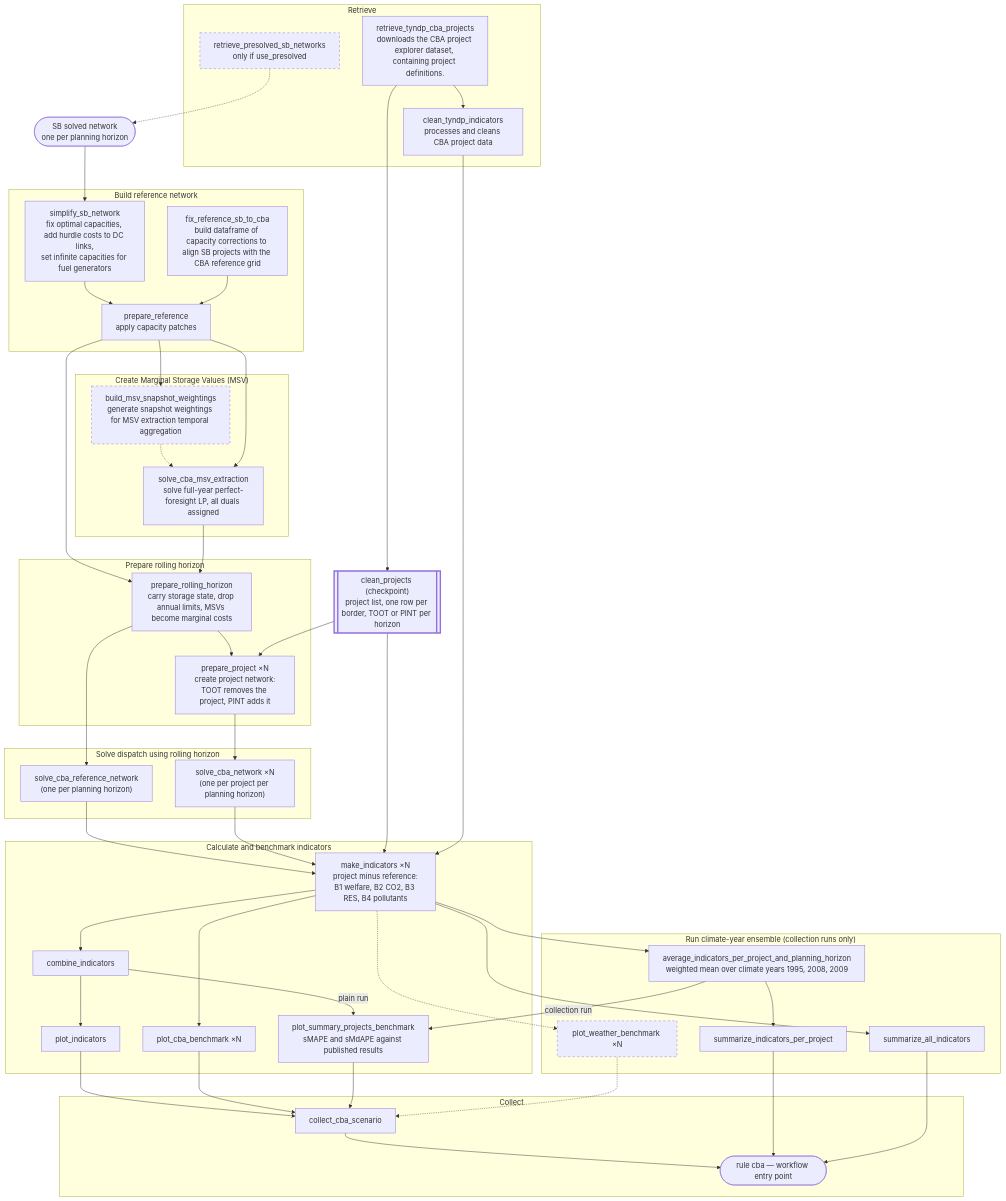
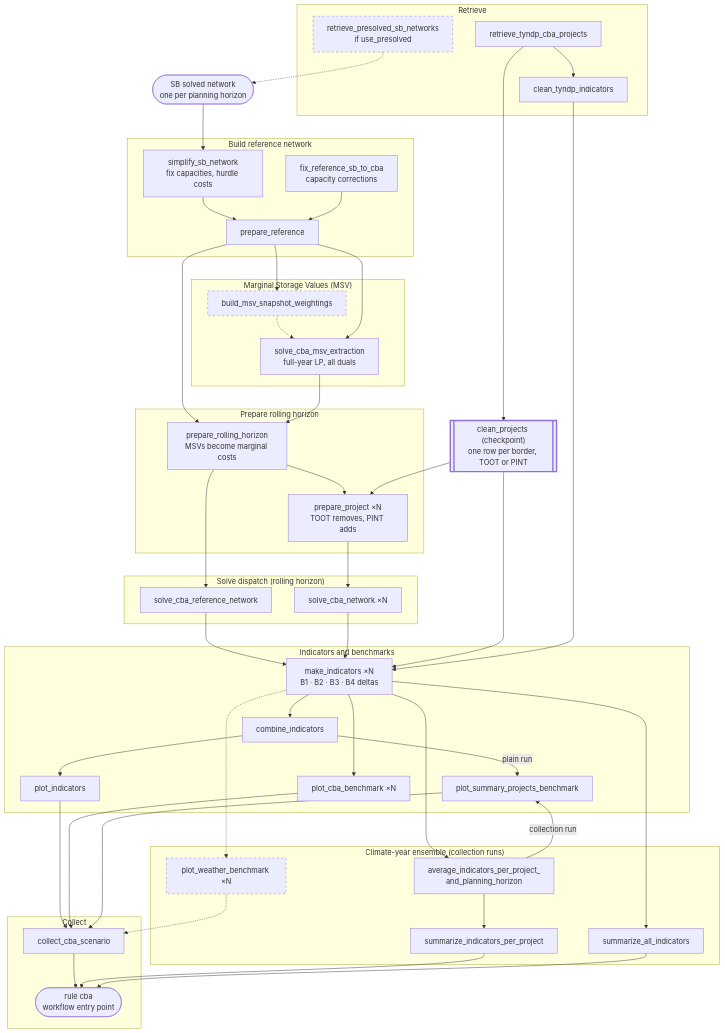
One commit to open-energy-transition/open-tyndp changed the second of 2 diagrams in doc/cba.md. Above: the diagram before and after it, drawn with Mermaid. The commit also changed other lines of this file, not shown here.

Commit message:
docs: add simplified version of diagram and edit detailed version

````diff
--- a/doc/cba.md
+++ b/doc/cba.md
@@ -19,46 +41,47 @@
 ```mermaid
+%%{init: { "flowchart": { "useMaxWidth": false } } }%%
 flowchart TD
 
     subgraph RET ["Retrieve"]
-        RPS["retrieve_presolved_sb_networks<br/>only if use_presolved"]
-        RTP["retrieve_tyndp_cba_projects<br/>downloads the CBA project explorer dataset, containing project definitions."]
-        CTI["clean_tyndp_indicators<br/>processes and cleans CBA project data"]
+        RPS["retrieve_presolved_sb_networks<br/>if use_presolved"]
+        RTP["retrieve_tyndp_cba_projects"]
+        CTI["clean_tyndp_indicators"]
     end
 
     SBNET(["SB solved network<br/>one per planning horizon"])
-    CLP[["clean_projects (checkpoint)<br/>project list, one row per border, TOOT or PINT per horizon"]]
+    CLP[["clean_projects (checkpoint)<br/>one row per border, TOOT or PINT"]]
 
     subgraph REF ["Build reference network"]
-        SIM["simplify_sb_network<br/>fix optimal capacities, add hurdle costs to DC links,<br/>set infinite capacities for fuel generators"]
-        FRX["fix_reference_sb_to_cba<br/>build dataframe of capacity corrections to align SB projects with the CBA reference grid"]
-        PRF["prepare_reference<br/>apply capacity patches"]
+        SIM["simplify_sb_network<br/>fix capacities, hurdle costs"]
+        FRX["fix_reference_sb_to_cba<br/>capacity corrections"]
+        PRF["prepare_reference"]
     end
 
-    subgraph MSVX ["Create Marginal Storage Values (MSV)"]
-        BMW["build_msv_snapshot_weightings<br/>generate snapshot weightings for MSV extraction temporal aggregation"]
-        SMS["solve_cba_msv_extraction<br/>solve full-year perfect-foresight LP, all duals assigned"]
+    subgraph MSVX ["Marginal Storage Values (MSV)"]
+        BMW["build_msv_snapshot_weightings"]
+        SMS["solve_cba_msv_extraction<br/>full-year LP, all duals"]
     end
 
     subgraph RH ["Prepare rolling horizon"]
-        PRH["prepare_rolling_horizon<br/>carry storage state, drop annual limits, MSVs become marginal costs"]
-        PRP["prepare_project ×N<br/>create project network:<br/>TOOT removes the project, PINT adds it"]
+        PRH["prepare_rolling_horizon<br/>MSVs become marginal costs"]
+        PRP["prepare_project ×N<br/>TOOT removes, PINT adds"]
     end
 
-    subgraph SOL ["Solve dispatch using rolling horizon"]
-        SLR["solve_cba_reference_network<br/>(one per planning horizon)"]
-        SLN["solve_cba_network ×N<br/>(one per project per planning horizon)"]
+    subgraph SOL ["Solve dispatch (rolling horizon)"]
+        SLR["solve_cba_reference_network"]
+        SLN["solve_cba_network ×N"]
     end
 
-    subgraph IND ["Calculate and benchmark indicators"]
-        MKI["make_indicators ×N<br/>project minus reference:<br/>B1 welfare, B2 CO2, B3 RES, B4 pollutants"]
+    subgraph IND ["Indicators and benchmarks"]
+        MKI["make_indicators ×N<br/>B1 · B2 · B3 · B4 deltas"]
         CBI["combine_indicators"]
         PLI["plot_indicators"]
         PCB["plot_cba_benchmark ×N"]
-        PSB["plot_summary_projects_benchmark<br/>sMAPE and sMdAPE against published results"]
+        PSB["plot_summary_projects_benchmark"]
     end
 
-    subgraph ENS ["Run climate-year ensemble (collection runs only)"]
-        AVG["average_indicators_per_project_and_planning_horizon<br/>weighted mean over climate years 1995, 2008, 2009"]
+    subgraph ENS ["Climate-year ensemble (collection runs)"]
+        AVG["average_indicators_per_project_<br/>and_planning_horizon"]
         PWB["plot_weather_benchmark ×N"]
         SIP["summarize_indicators_per_project"]
         SAI["summarize_all_indicators"]
@@ -66,7 +89,7 @@
 
     subgraph COL ["Collect"]
         CCS["collect_cba_scenario"]
-        CBA(["rule cba — workflow entry point"])
+        CBA(["rule cba<br/>workflow entry point"])
     end
 
     RPS -.-> SBNET
@@ -100,6 +123,9 @@
     CBI -->|plain run| PSB
 
     MKI --> AVG
+    %% invisible links keep the ensemble stage below the indicator stage
+    PSB ~~~ AVG
+    PCB ~~~ AVG
     MKI -.-> PWB
     AVG --> SIP
     MKI --> SAI
````
